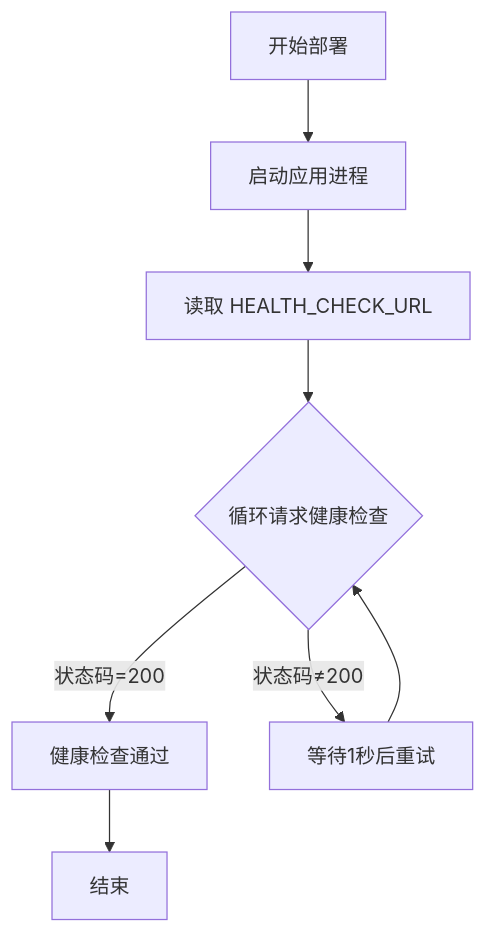
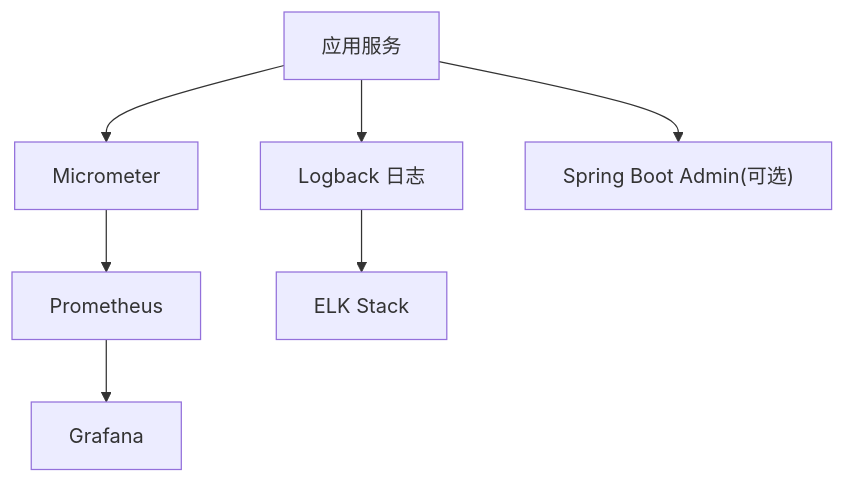
The seventh of 8 diagrams in .qoder/repowiki/zh/content/部署运维/监控告警.md (xiaoche80s-tech/rouyi-vue-pro), drawn with Mermaid before and after one commit. The commit also changed other lines of this file and 840 other files, not shown here.

````diff
--- a/.qoder/repowiki/zh/content/部署运维/监控告警.md
+++ b/.qoder/repowiki/zh/content/部署运维/监控告警.md
@@ -217,10 +232,9 @@
 ```mermaid
-flowchart TD
-A["开始部署"] --> B["启动应用进程"]
-B --> C["读取 HEALTH_CHECK_URL"]
-C --> D{"循环请求健康检查"}
-D --> |状态码=200| E["健康检查通过"]
-D --> |状态码≠200| F["等待1秒后重试"]
-F --> D
-E --> G["结束"]
+graph TB
+App["应用服务"] --> Mic["Micrometer"]
+Mic --> Prom["Prometheus"]
+Prom --> Graf["Grafana"]
+App --> Logs["Logback 日志"]
+Logs --> ELK["ELK Stack"]
+App --> SBA["Spring Boot Admin(可选)"]
 ```
````
